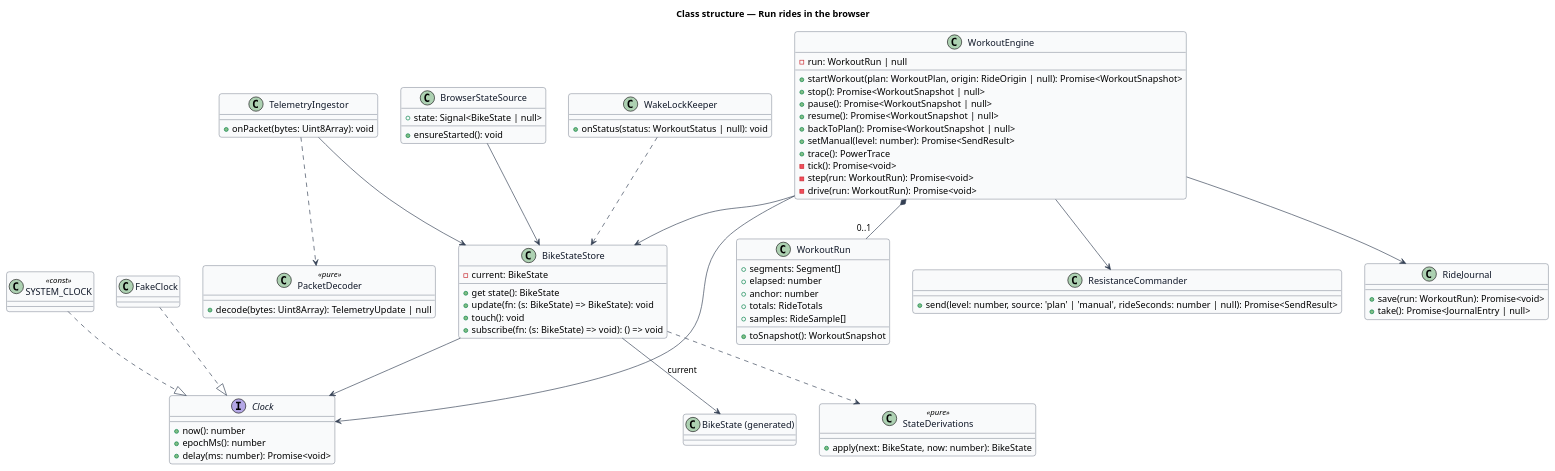
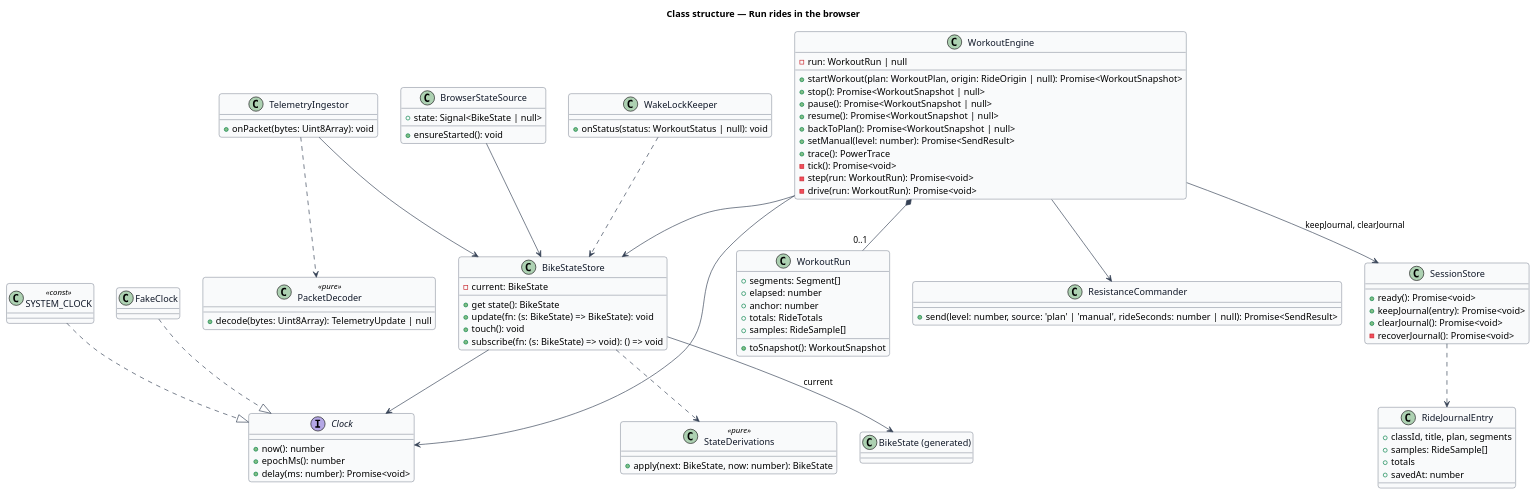
Before and after one commit to QuinntyneBrown/ride-one: the diagram in docs/detailed-designs/browser-edition/run-rides-in-browser/diagrams/class-structure.puml, drawn with PlantUML. The commit also changed 16 other files, not shown here.

First line of the commit message:
Keep a ride the page closes on (L2-092 AC5)

```diff
--- a/docs/detailed-designs/browser-edition/run-rides-in-browser/diagrams/class-structure.puml
+++ b/docs/detailed-designs/browser-edition/run-rides-in-browser/diagrams/class-structure.puml
@@ -1,88 +1,97 @@
 @startuml
 skinparam backgroundColor #FFFFFF
 skinparam shadowing false
 skinparam roundcorner 8
 skinparam defaultFontName Arial
 skinparam ArrowColor #344054
 skinparam class {
   BorderColor #344054
   FontColor #101828
   BackgroundColor #F9FAFB
 }
 title Class structure — Run rides in the browser
 
 interface Clock {
   +now(): number
   +epochMs(): number
   +delay(ms: number): Promise<void>
 }
 class SYSTEM_CLOCK <<const>>
 class FakeClock
 class BikeStateStore {
   -current: BikeState
   +get state(): BikeState
   +update(fn: (s: BikeState) => BikeState): void
   +touch(): void
   +subscribe(fn: (s: BikeState) => void): () => void
 }
 class StateDerivations <<pure>> {
   +apply(next: BikeState, now: number): BikeState
 }
 class PacketDecoder <<pure>> {
   +decode(bytes: Uint8Array): TelemetryUpdate | null
 }
 class TelemetryIngestor {
   +onPacket(bytes: Uint8Array): void
 }
 class WorkoutEngine {
   -run: WorkoutRun | null
   +startWorkout(plan: WorkoutPlan, origin: RideOrigin | null): Promise<WorkoutSnapshot>
   +stop(): Promise<WorkoutSnapshot | null>
   +pause(): Promise<WorkoutSnapshot | null>
   +resume(): Promise<WorkoutSnapshot | null>
   +backToPlan(): Promise<WorkoutSnapshot | null>
   +setManual(level: number): Promise<SendResult>
   +trace(): PowerTrace
   -tick(): Promise<void>
   -step(run: WorkoutRun): Promise<void>
   -drive(run: WorkoutRun): Promise<void>
 }
 class WorkoutRun {
   +segments: Segment[]
   +elapsed: number
   +anchor: number
   +totals: RideTotals
   +samples: RideSample[]
   +toSnapshot(): WorkoutSnapshot
 }
 class ResistanceCommander {
   +send(level: number, source: 'plan' | 'manual', rideSeconds: number | null): Promise<SendResult>
 }
 class BrowserStateSource {
   +state: Signal<BikeState | null>
   +ensureStarted(): void
 }
-class RideJournal {
-  +save(run: WorkoutRun): Promise<void>
-  +take(): Promise<JournalEntry | null>
+class RideJournalEntry {
+  +classId, title, plan, segments
+  +samples: RideSample[]
+  +totals
+  +savedAt: number
+}
+class SessionStore {
+  +ready(): Promise<void>
+  +keepJournal(entry): Promise<void>
+  +clearJournal(): Promise<void>
+  -recoverJournal(): Promise<void>
 }
 class WakeLockKeeper {
   +onStatus(status: WorkoutStatus | null): void
 }
 class "BikeState (generated)" as BikeState
 
 SYSTEM_CLOCK ..|> Clock
 FakeClock ..|> Clock
 BikeStateStore ..> StateDerivations
 BikeStateStore --> Clock
 BikeStateStore --> BikeState : current
 TelemetryIngestor ..> PacketDecoder
 TelemetryIngestor --> BikeStateStore
 WorkoutEngine --> Clock
 WorkoutEngine *-- "0..1" WorkoutRun
 WorkoutEngine --> ResistanceCommander
 WorkoutEngine --> BikeStateStore
-WorkoutEngine --> RideJournal
+WorkoutEngine --> SessionStore : keepJournal, clearJournal
+SessionStore ..> RideJournalEntry
 BrowserStateSource --> BikeStateStore
 WakeLockKeeper ..> BikeStateStore
 @enduml
```
